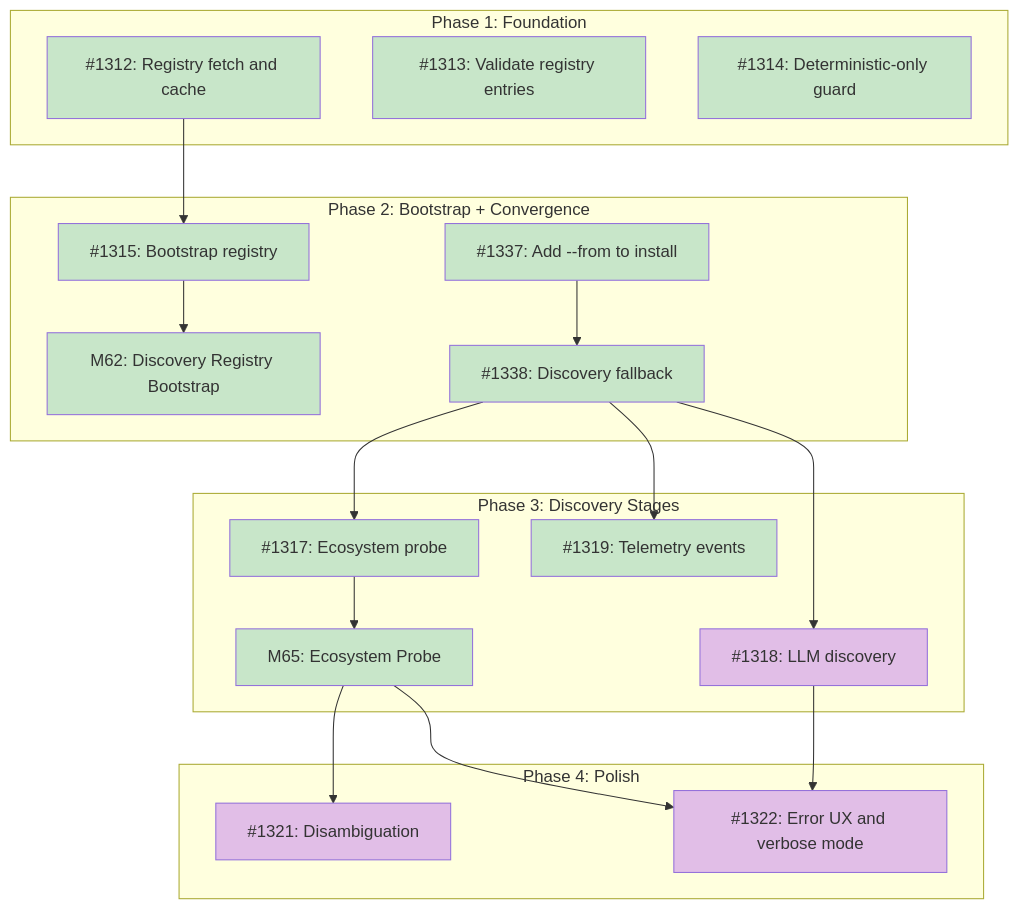
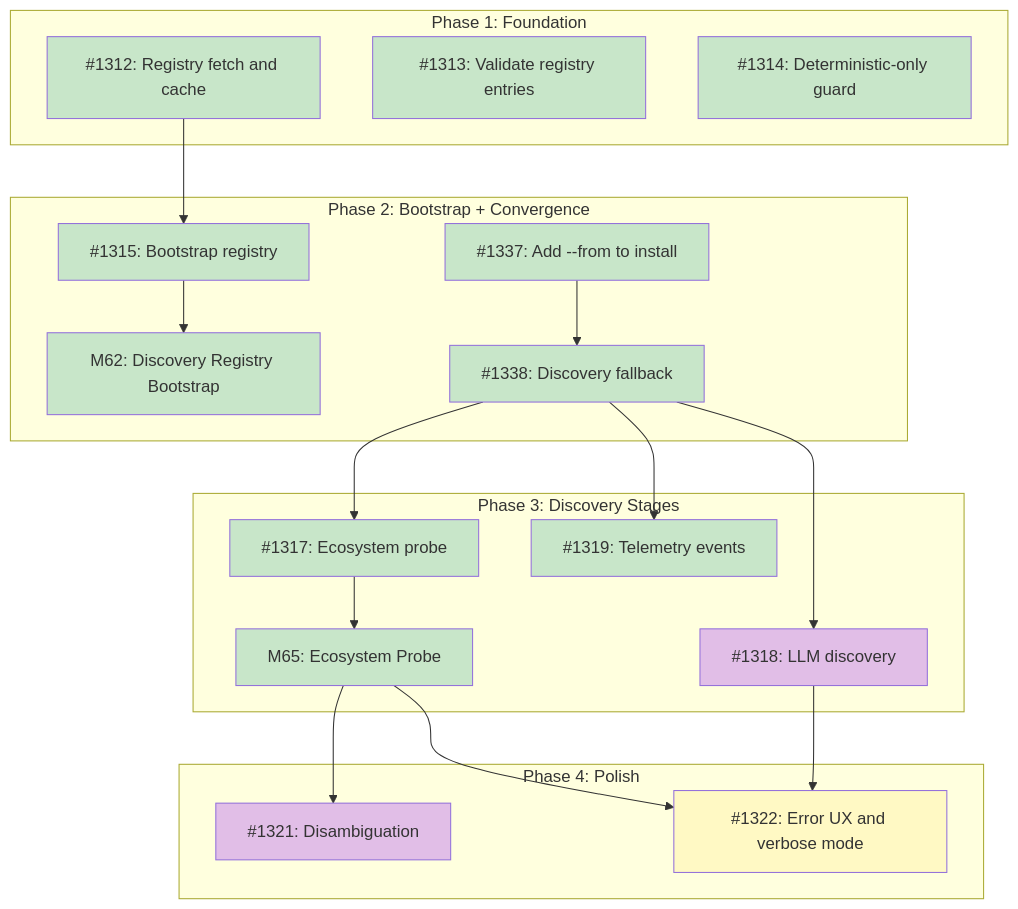
One commit to tsukumogami/tsuku changed the diagram in docs/designs/DESIGN-discovery-resolver.md. Above: the diagram before and after it, drawn with Mermaid. The commit also changed other lines of this file and 1 other file, not shown here.

Commit message:
fix(docs): move ecosystem-probe to current/ and fix dependency classes
- Move DESIGN-ecosystem-probe.md to docs/designs/current/ (SD01: Current
  status docs must be in current/ directory)
- Fix I1322 class from 'needsDesign' to 'blocked' (MM19: still blocked
  by I1318)
- Update relative link in DESIGN-discovery-resolver.md

````diff
--- a/docs/designs/DESIGN-discovery-resolver.md
+++ b/docs/designs/DESIGN-discovery-resolver.md
@@ -64,54 +64,54 @@
 ```mermaid
 graph TD
     subgraph Phase1["Phase 1: Foundation"]
         I1312["#1312: Registry fetch and cache"]
         I1313["#1313: Validate registry entries"]
         I1314["#1314: Deterministic-only guard"]
     end
 
     subgraph Phase2["Phase 2: Bootstrap + Convergence"]
         M62["M62: Discovery Registry Bootstrap"]
         I1315["#1315: Bootstrap registry"]
         I1337["#1337: Add --from to install"]
         I1338["#1338: Discovery fallback"]
     end
 
     subgraph Phase3["Phase 3: Discovery Stages"]
         I1317["#1317: Ecosystem probe"]
         M65["M65: Ecosystem Probe"]
         I1318["#1318: LLM discovery"]
         I1319["#1319: Telemetry events"]
     end
 
     subgraph Phase4["Phase 4: Polish"]
         I1321["#1321: Disambiguation"]
         I1322["#1322: Error UX and verbose mode"]
     end
 
     I1312 --> I1315
     I1315 --> M62
     I1337 --> I1338
     I1338 --> I1317
     I1317 --> M65
     I1338 --> I1318
     I1338 --> I1319
     M65 --> I1321
     M65 --> I1322
     I1318 --> I1322
 
     classDef done fill:#c8e6c9
     classDef ready fill:#bbdefb
     classDef blocked fill:#fff9c4
     classDef needsDesign fill:#e1bee7
 
     class I1312,I1313,I1314 done
     class I1337,I1338 done
     class I1319 done
     class I1317 done
     class I1318 needsDesign
     class M65 done
     class M62 done
     class I1315 done
     class I1321 needsDesign
-    class I1322 needsDesign
+    class I1322 blocked
 ```
````
